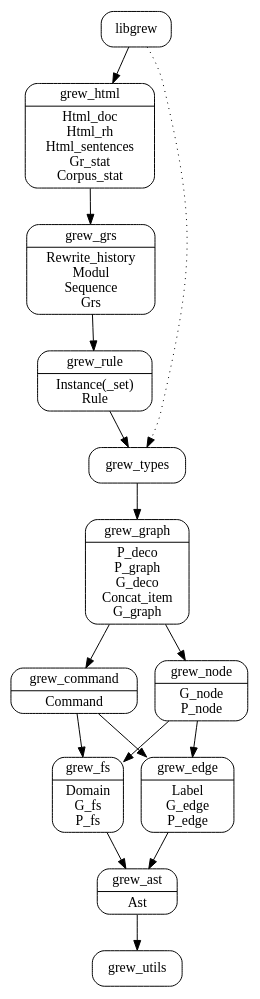
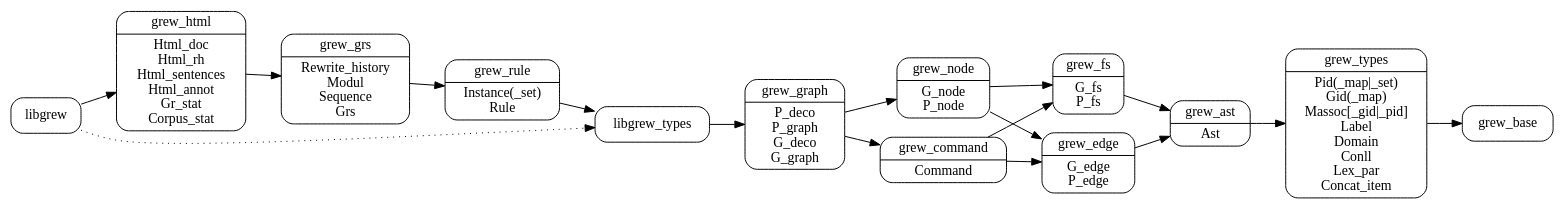
One commit to grew-nlp/grewlib changed the diagram in doc/arch.dot. Above: the diagram before and after it, drawn with Graphviz. The commit also changed 22 other files, not shown here.

```diff
--- a/doc/arch.dot
+++ b/doc/arch.dot
@@ -1,29 +1,32 @@
 digraph grew {
   node [shape=Mrecord];
-  grew_rule [label="{grew_rule|Instance(_set)\nRule}"]
-  grew_command [label="{grew_command|Command}"]
-  grew_grs [label="{grew_grs|Rewrite_history\nModul\nSequence\nGrs}"]
-  grew_graph [label="{grew_graph|P_deco\nP_graph\nG_deco\nConcat_item\nG_graph}"]
-  grew_ast [label="{grew_ast|Ast}"]
-  grew_fs [label="{grew_fs|Domain\nG_fs\nP_fs}"]
-  grew_node [label="{grew_node|G_node\nP_node}"]
-  grew_edge [label="{grew_edge|Label\nG_edge\nP_edge}"]
-  grew_html [label="{grew_html|Html_doc\nHtml_rh\nHtml_sentences\nGr_stat\nCorpus_stat}"]
+  rankdir = LR;
+  grew_base
+  grew_types [label="grew_types|Pid(_map\|_set)\nGid(_map)\nMassoc[_gid\|_pid]\nLabel\nDomain\nConll\nLex_par\nConcat_item"]
+  grew_ast [label="grew_ast|Ast"]
+  grew_fs [label="grew_fs|G_fs\nP_fs"]
+  grew_edge [label="grew_edge|G_edge\nP_edge"]
+  grew_node [label="grew_node|G_node\nP_node"]
+  grew_command [label="grew_command|Command"]
+  grew_graph [label="grew_graph|P_deco\nP_graph\nG_deco\nG_graph"]
+  grew_rule [label="grew_rule|Instance(_set)\nRule"]
+  grew_grs [label="grew_grs|Rewrite_history\nModul\nSequence\nGrs"]
+  grew_html [label="grew_html|Html_doc\nHtml_rh\nHtml_sentences\nHtml_annot\nGr_stat\nCorpus_stat"]
 
-grew_ast -> grew_utils
+grew_ast -> grew_types -> grew_base
+grew_edge -> grew_ast
+grew_fs -> grew_ast
 grew_command -> grew_edge
 grew_command -> grew_fs
-grew_edge -> grew_ast
-grew_fs -> grew_ast
+grew_node -> grew_edge
+grew_node -> grew_fs
 grew_graph -> grew_node
 grew_graph -> grew_command
+libgrew_types -> grew_graph
+grew_rule -> libgrew_types
 grew_grs -> grew_rule
 grew_html -> grew_grs
-grew_node -> grew_edge
-grew_node -> grew_fs
-grew_rule -> grew_types
-grew_types -> grew_graph
 libgrew -> grew_html
-libgrew -> grew_types [style=dotted]
 
+libgrew -> libgrew_types [style=dotted]
 }
```
